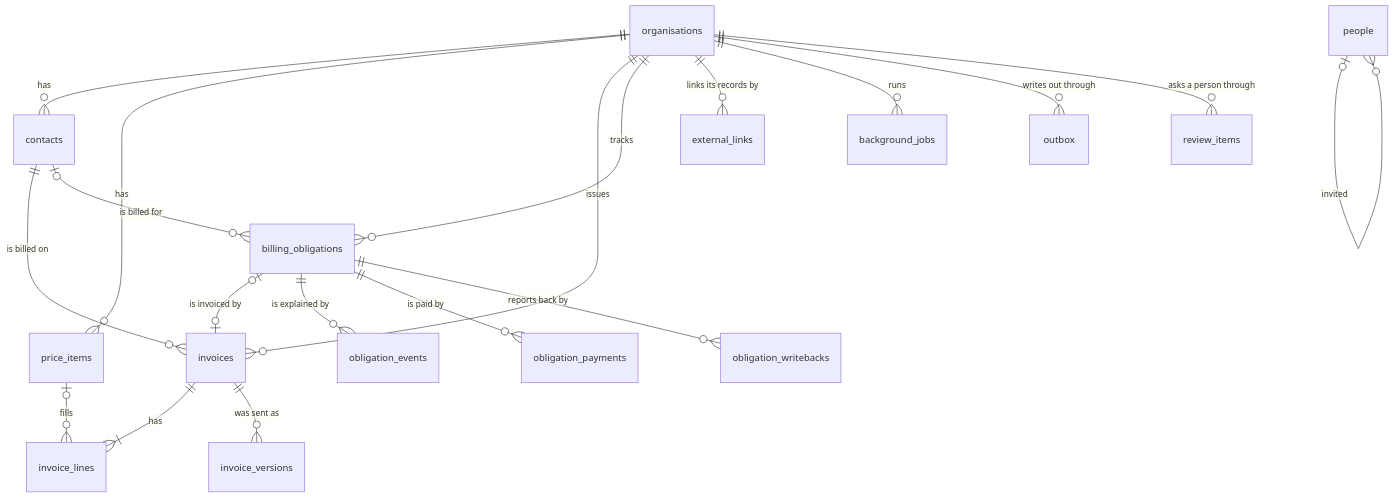
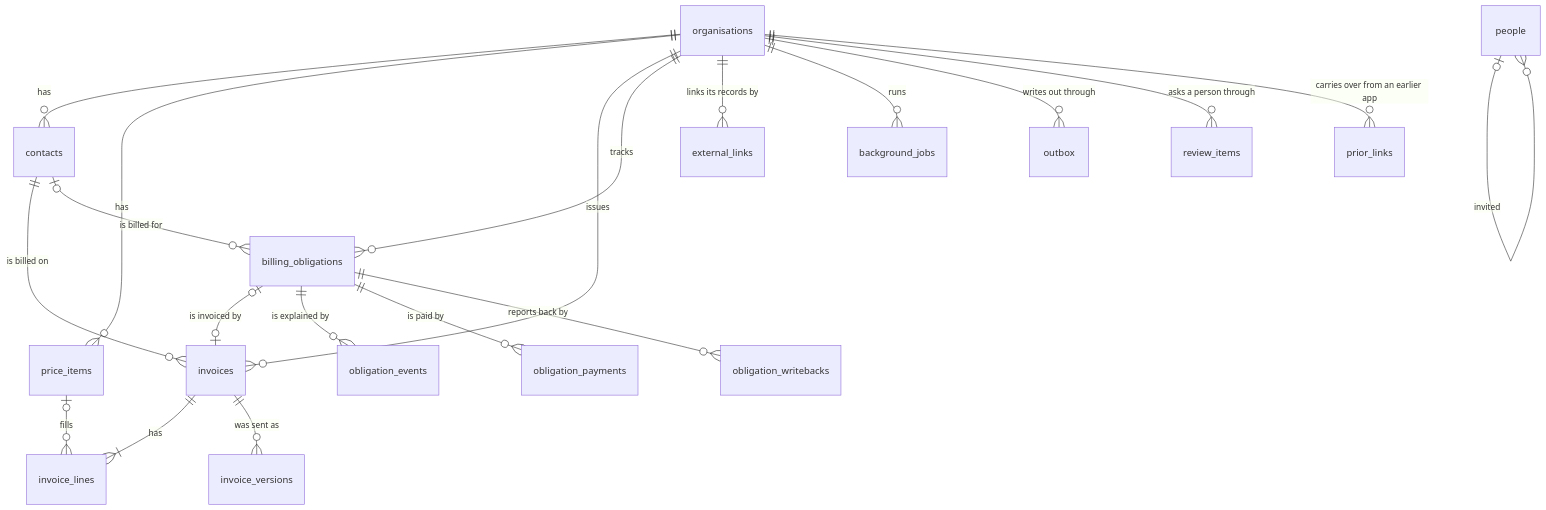
One commit to arcforgelabs/flow changed the first of 2 diagrams in docs/DATA_MODEL.md. Above: the diagram before and after it, drawn with Mermaid. The commit also changed other lines of this file and 10 other files, not shown here.

First line of the commit message:
Carry the earlier app's order to Xero invoice links over at start

````diff
--- a/docs/DATA_MODEL.md
+++ b/docs/DATA_MODEL.md
@@ -7,21 +7,22 @@
 ```mermaid
 erDiagram
   organisations ||--o{ contacts : has
   organisations ||--o{ price_items : has
   organisations ||--o{ invoices : issues
   contacts ||--o{ invoices : "is billed on"
   invoices ||--|{ invoice_lines : has
   price_items |o--o{ invoice_lines : "fills"
   invoices ||--o{ invoice_versions : "was sent as"
   people |o--o{ people : "invited"
   organisations ||--o{ billing_obligations : tracks
   contacts |o--o{ billing_obligations : "is billed for"
   billing_obligations |o--o| invoices : "is invoiced by"
   billing_obligations ||--o{ obligation_events : "is explained by"
   billing_obligations ||--o{ obligation_payments : "is paid by"
   billing_obligations ||--o{ obligation_writebacks : "reports back by"
   organisations ||--o{ external_links : "links its records by"
   organisations ||--o{ background_jobs : runs
   organisations ||--o{ outbox : "writes out through"
   organisations ||--o{ review_items : "asks a person through"
+  organisations ||--o{ prior_links : "carries over from an earlier app"
 ```
````
